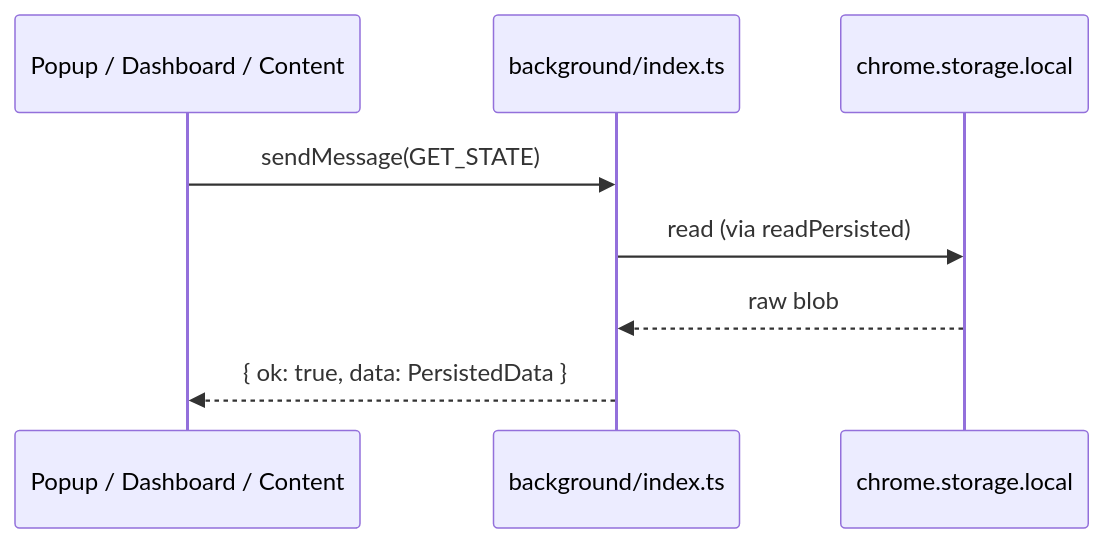
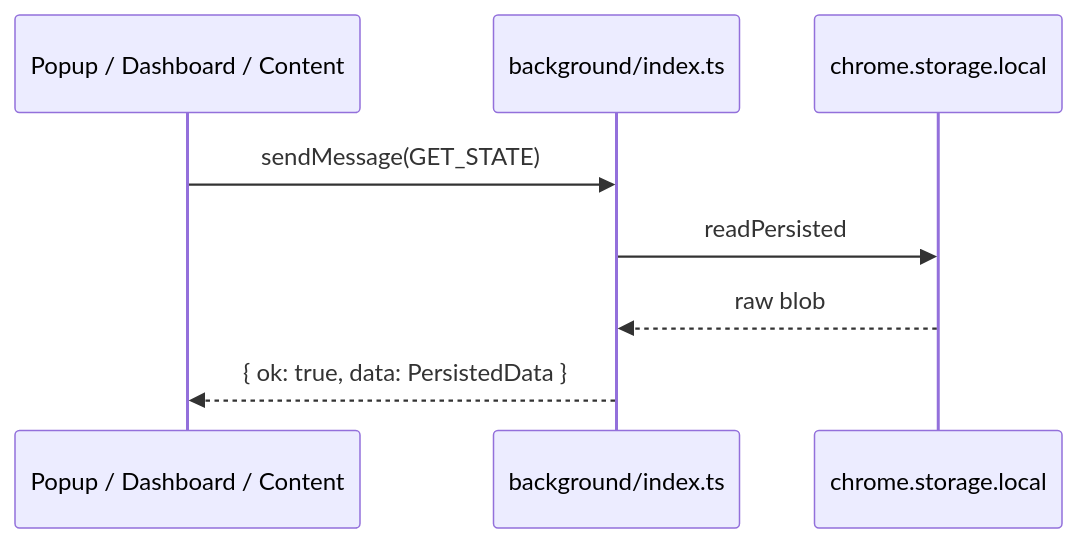
The second of 4 diagrams in ExplaneMe.md (thepoppfish/JustPractice), drawn with Mermaid before and after one commit. The commit also changed other lines of this file and 22 other files, not shown here.

````diff
--- a/ExplaneMe.md
+++ b/ExplaneMe.md
@@ -242,11 +361,11 @@
 ```mermaid
 sequenceDiagram
   participant UI as Popup / Dashboard / Content
   participant BG as background/index.ts
   participant ST as chrome.storage.local
 
   UI->>BG: sendMessage(GET_STATE)
-  BG->>ST: read (via readPersisted)
+  BG->>ST: readPersisted
   ST-->>BG: raw blob
   BG-->>UI: { ok: true, data: PersistedData }
 ```
````
